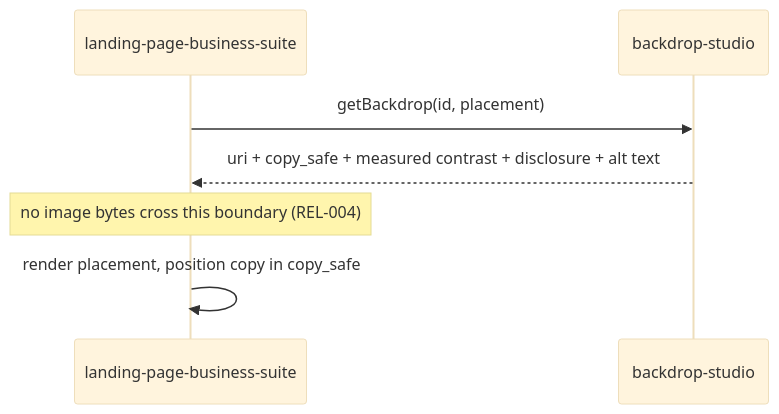
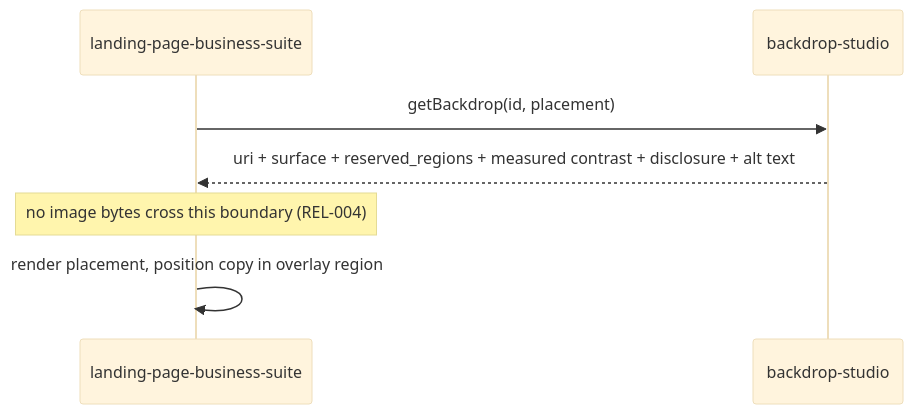
One commit to Vrooli/Vrooli changed the fourth of 4 diagrams in scenarios/backdrop-studio/docs/concepts/FLOWS.md. Above: the diagram before and after it, drawn with Mermaid (base theme). The commit also changed other lines of this file and 33 other files, not shown here.

````diff
--- a/scenarios/backdrop-studio/docs/concepts/FLOWS.md
+++ b/scenarios/backdrop-studio/docs/concepts/FLOWS.md
@@ -95,10 +95,10 @@
 ```mermaid
 sequenceDiagram
     participant LP as landing-page-business-suite
     participant BS as backdrop-studio
 
     LP->>BS: getBackdrop(id, placement)
-    BS-->>LP: uri + copy_safe + measured contrast + disclosure + alt text
+    BS-->>LP: uri + surface + reserved_regions + measured contrast + disclosure + alt text
     Note over LP: no image bytes cross this boundary (REL-004)
-    LP->>LP: render placement, position copy in copy_safe
+    LP->>LP: render placement, position copy in overlay region
 ```
````
